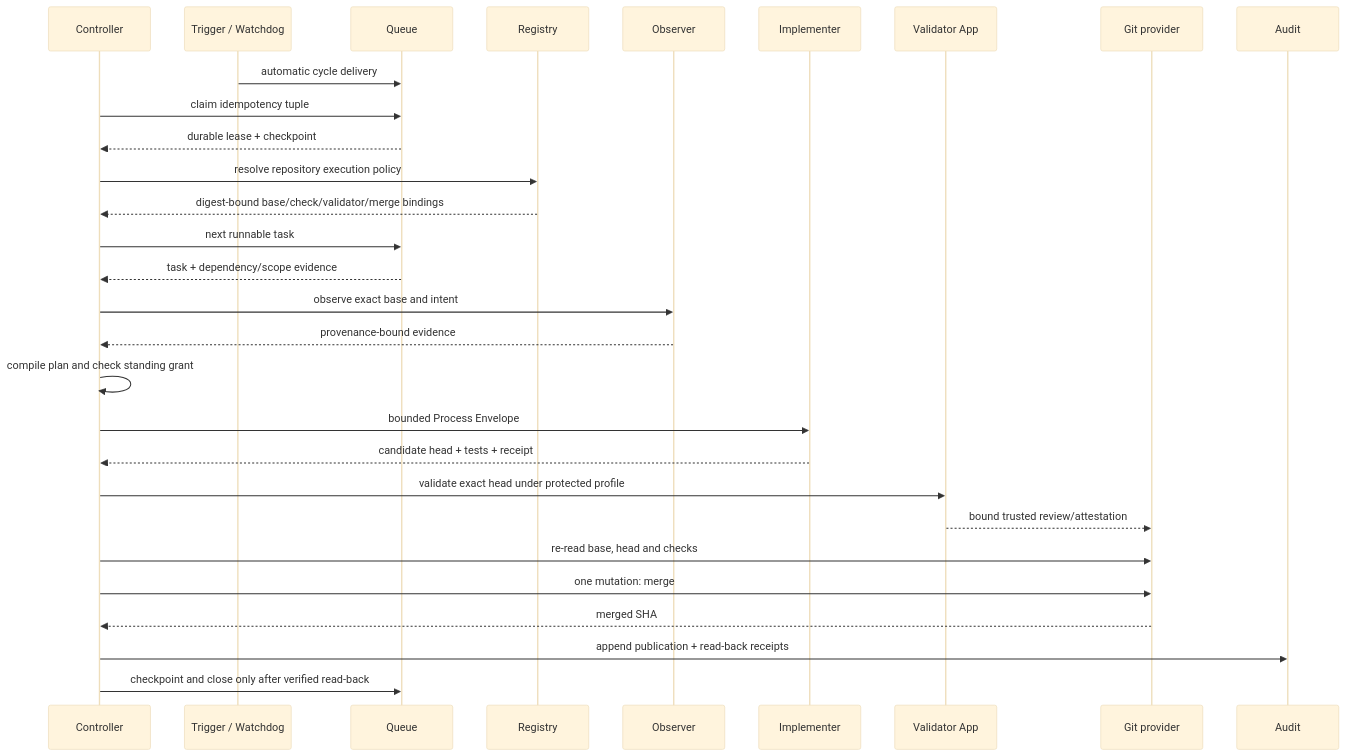
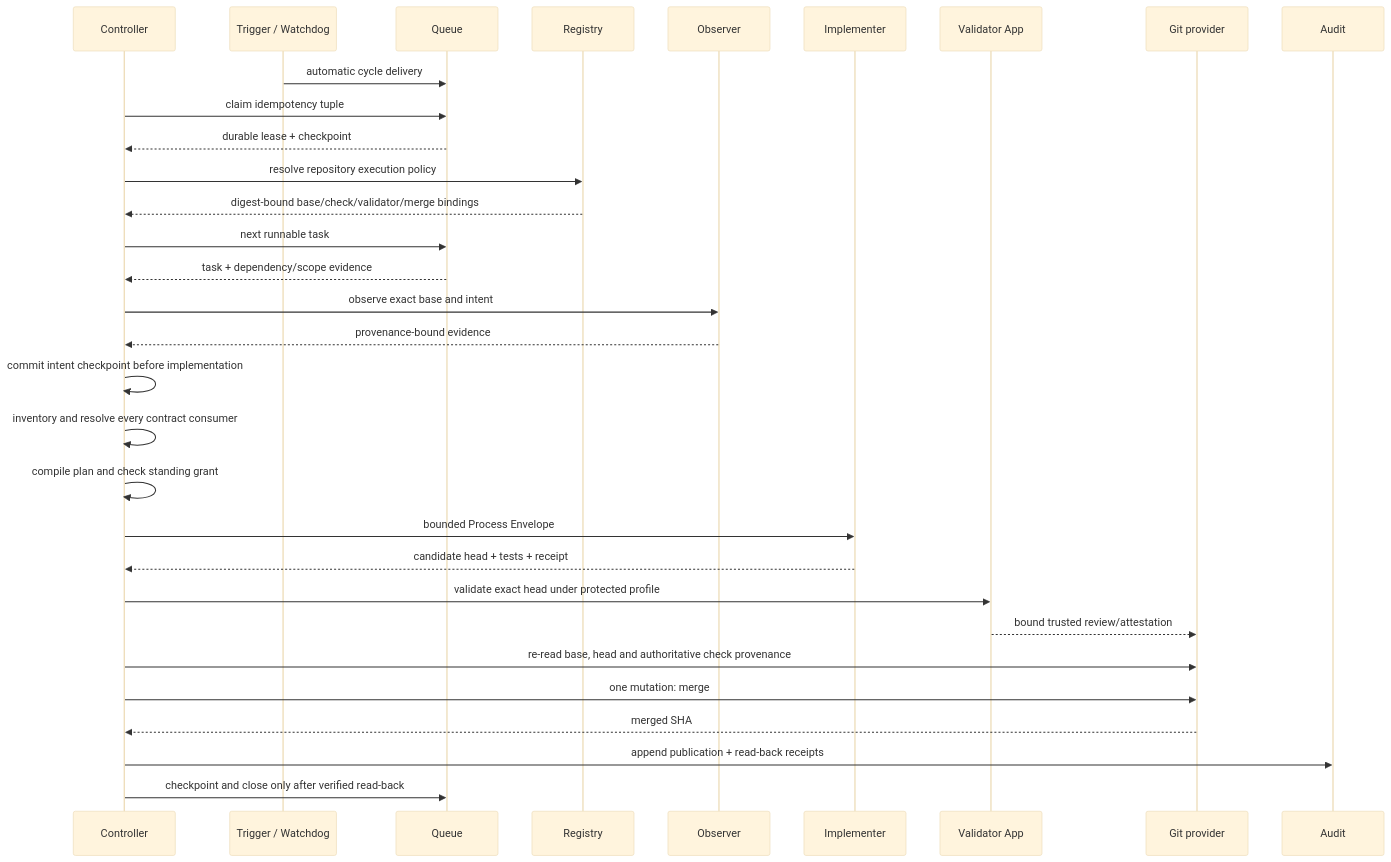
One commit to wellmanifest/autonomy changed the second of 2 diagrams in docs/LOGIC_FLOW.md. Above: the diagram before and after it, drawn with Mermaid (base theme). The commit also changed other lines of this file and 13 other files, not shown here.

````diff
--- a/docs/LOGIC_FLOW.md
+++ b/docs/LOGIC_FLOW.md
@@ -70,32 +78,34 @@
 ```mermaid
 sequenceDiagram
     participant C as Controller
     participant T as Trigger / Watchdog
     participant Q as Queue
     participant R as Registry
     participant O as Observer
     participant I as Implementer
     participant V as Validator App
     participant G as Git provider
     participant A as Audit
 
     T->>Q: automatic cycle delivery
     C->>Q: claim idempotency tuple
     Q-->>C: durable lease + checkpoint
     C->>R: resolve repository execution policy
     R-->>C: digest-bound base/check/validator/merge bindings
     C->>Q: next runnable task
     Q-->>C: task + dependency/scope evidence
     C->>O: observe exact base and intent
     O-->>C: provenance-bound evidence
+    C->>C: commit intent checkpoint before implementation
+    C->>C: inventory and resolve every contract consumer
     C->>C: compile plan and check standing grant
     C->>I: bounded Process Envelope
     I-->>C: candidate head + tests + receipt
     C->>V: validate exact head under protected profile
     V-->>G: bound trusted review/attestation
-    C->>G: re-read base, head and checks
+    C->>G: re-read base, head and authoritative check provenance
     C->>G: one mutation: merge
     G-->>C: merged SHA
     C->>A: append publication + read-back receipts
     C->>Q: checkpoint and close only after verified read-back
 ```
````
